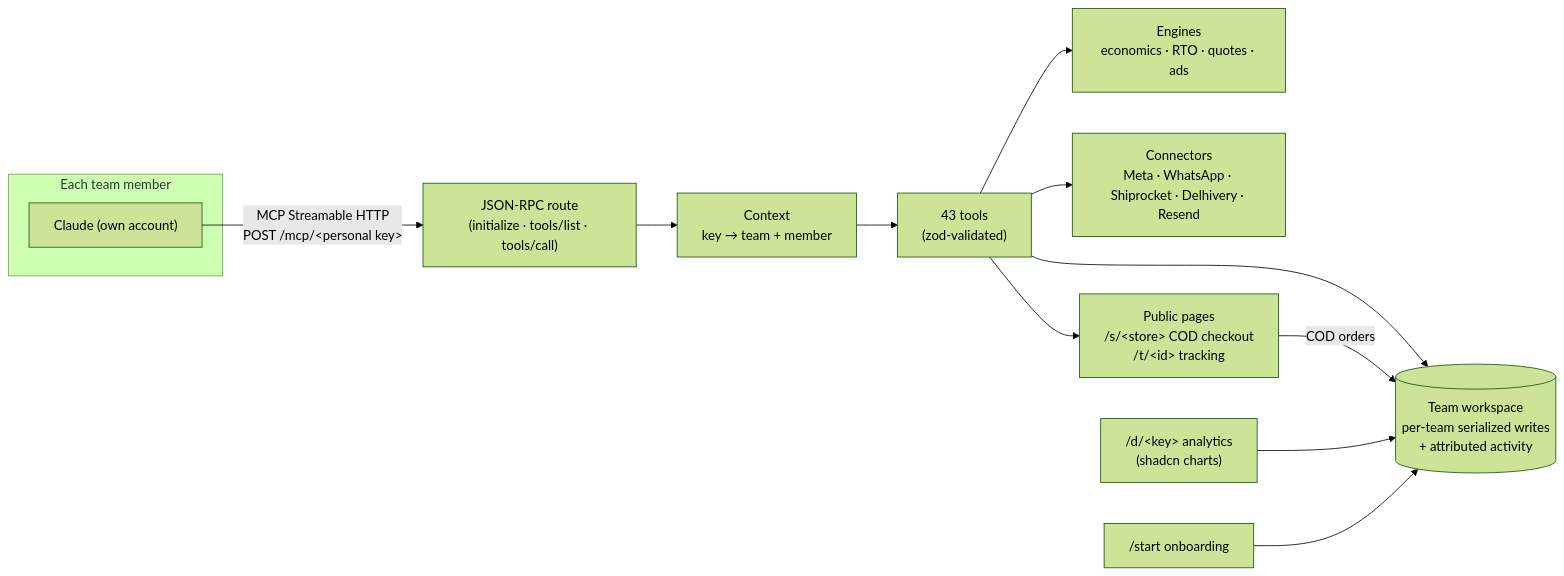
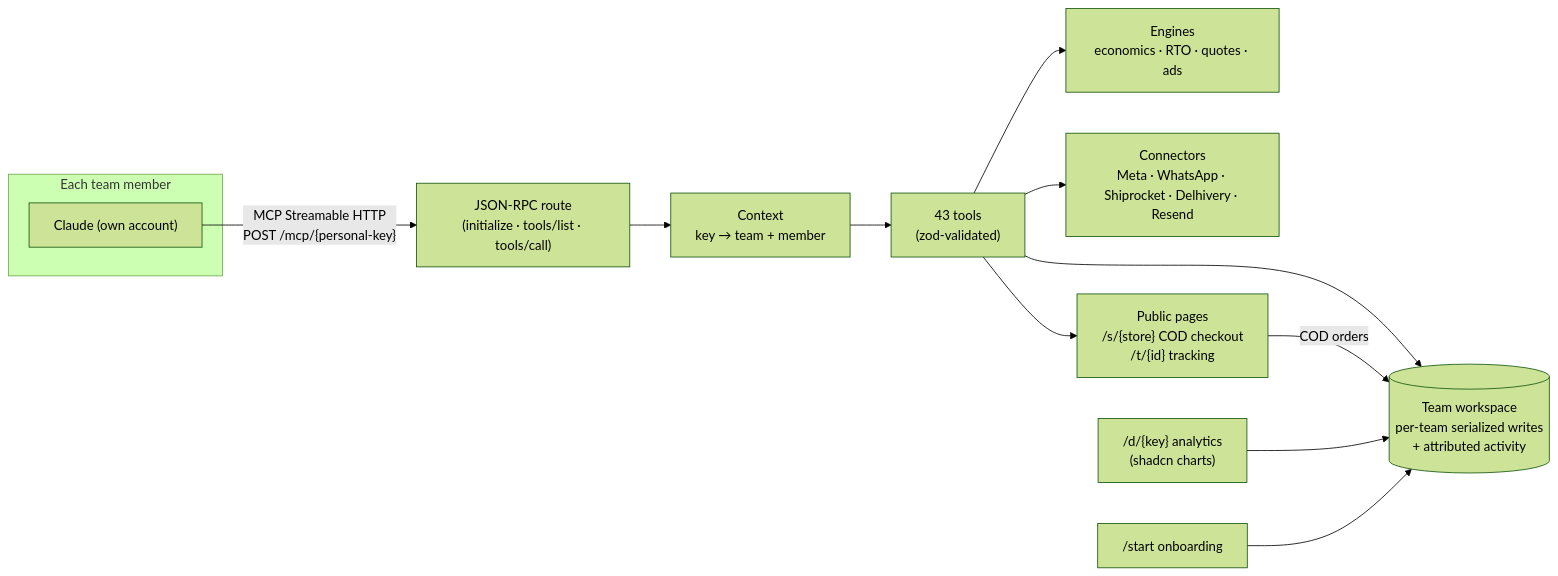
The diagram in README.md (arnavsharma30/buildathon-cuck-coderz), drawn with Mermaid (forest theme) before and after one commit.

Commit message:
docs: fix mermaid labels for GitHub rendering

Claude-Session: https://claude.ai/code/session_01Vt17aKuUreouHNiMRN7sX7

````diff
--- a/README.md
+++ b/README.md
@@ -287,16 +287,16 @@
 ```mermaid
 flowchart LR
   subgraph Team["Each team member"]
     C1["Claude (own account)"]
   end
-  C1 -- "MCP Streamable HTTP\nPOST /mcp/&lt;personal key&gt;" --> R["JSON-RPC route\n(initialize · tools/list · tools/call)"]
-  R --> CTX["Context\nkey → team + member"]
-  CTX --> T["43 tools\n(zod-validated)"]
-  T --> E["Engines\neconomics · RTO · quotes · ads"]
-  T --> W[("Team workspace\nper-team serialized writes\n+ attributed activity")]
-  T --> X["Connectors\nMeta · WhatsApp · Shiprocket · Delhivery · Resend"]
-  T --> P["Public pages\n/s/&lt;store&gt; COD checkout\n/t/&lt;id&gt; tracking"]
+  C1 -- "MCP Streamable HTTP<br/>POST /mcp/{personal-key}" --> R["JSON-RPC route<br/>(initialize · tools/list · tools/call)"]
+  R --> CTX["Context<br/>key → team + member"]
+  CTX --> T["43 tools<br/>(zod-validated)"]
+  T --> E["Engines<br/>economics · RTO · quotes · ads"]
+  T --> W[("Team workspace<br/>per-team serialized writes<br/>+ attributed activity")]
+  T --> X["Connectors<br/>Meta · WhatsApp · Shiprocket · Delhivery · Resend"]
+  T --> P["Public pages<br/>/s/{store} COD checkout<br/>/t/{id} tracking"]
   P -- "COD orders" --> W
-  D["/d/&lt;key&gt; analytics\n(shadcn charts)"] --> W
+  D["/d/{key} analytics<br/>(shadcn charts)"] --> W
   O["/start onboarding"] --> W
 ```
````
